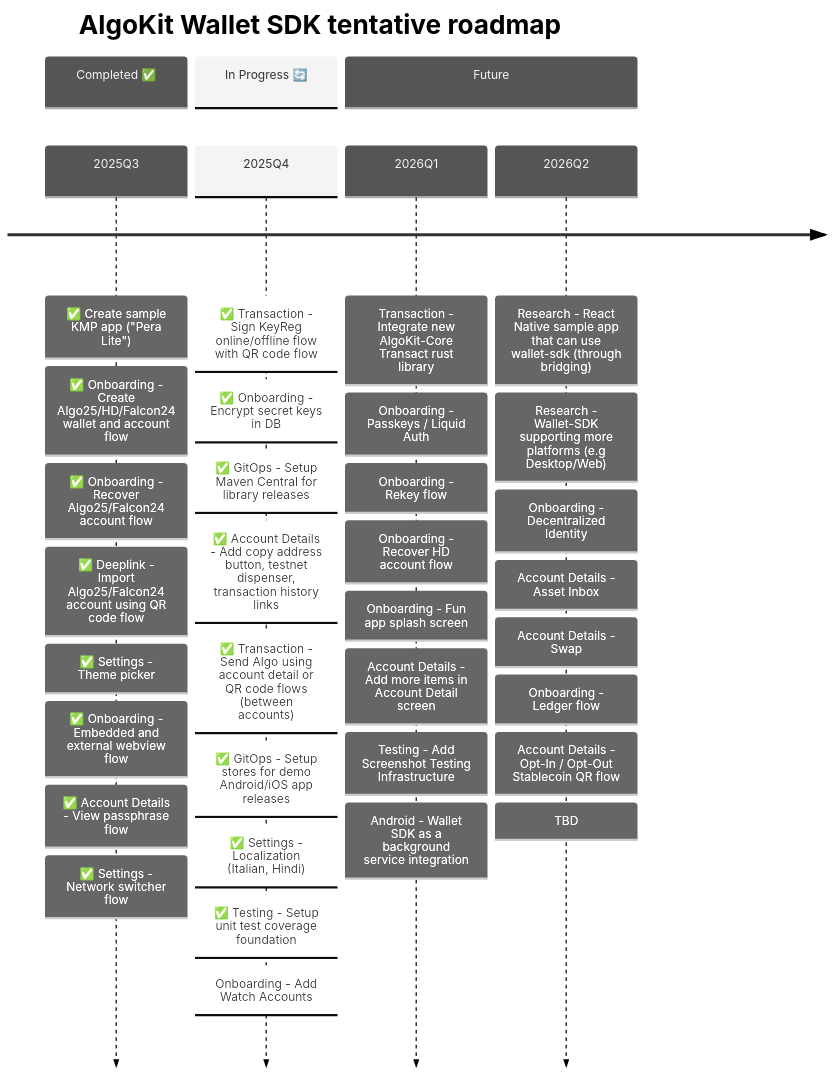
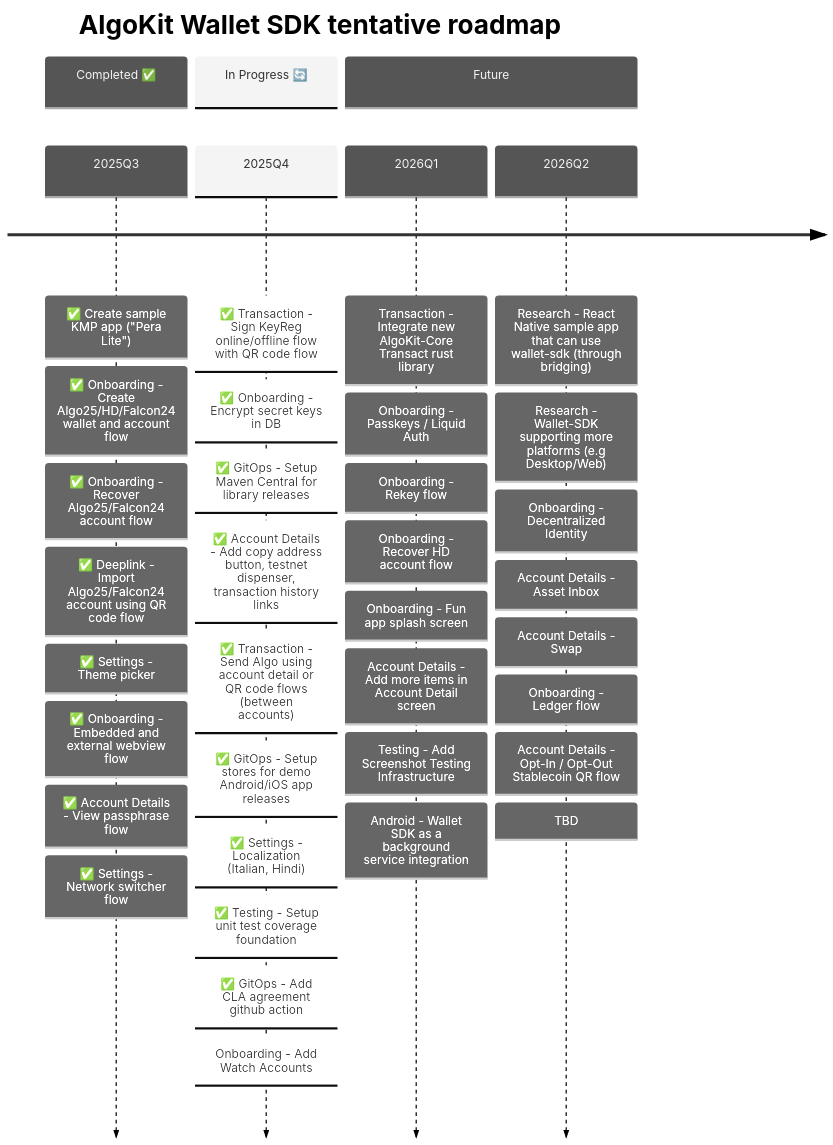
One commit to michaeltchuang/algokit-walletsdk-kmp changed the second of 3 diagrams in README.md. Above: the diagram before and after it, drawn with Mermaid.

````diff
--- a/README.md
+++ b/README.md
@@ -67,48 +67,49 @@
 ```mermaid
 ---
 config:
   theme: 'neutral'
 ---
 timeline
     title AlgoKit Wallet SDK tentative roadmap
 
     section Completed ✅
     2025Q3  : ✅ Create sample KMP app ("Pera Lite")
             : ✅ Onboarding - Create Algo25/HD/Falcon24 wallet and account flow
             : ✅ Onboarding - Recover Algo25/Falcon24 account flow
             : ✅ Deeplink - Import Algo25/Falcon24 account using QR code flow
             : ✅ Settings - Theme picker
             : ✅ Onboarding - Embedded and external webview flow
             : ✅ Account Details - View passphrase flow
             : ✅ Settings - Network switcher flow
 
     section In Progress 🔄
     2025Q4  : ✅ Transaction - Sign KeyReg online/offline flow with QR code flow
             : ✅ Onboarding - Encrypt secret keys in DB
             : ✅ GitOps - Setup Maven Central for library releases
             : ✅ Account Details - Add copy address button, testnet dispenser, transaction history links
             : ✅ Transaction - Send Algo using account detail or QR code flows (between accounts)
             : ✅ GitOps - Setup stores for demo Android/iOS app releases
             : ✅ Settings - Localization (Italian, Hindi)
             : ✅ Testing - Setup unit test coverage foundation
+            : ✅ GitOps - Add CLA agreement github action
             : Onboarding - Add Watch Accounts
 
 
     section Future
     2026Q1  : Transaction - Integrate new AlgoKit-Core Transact rust library
             : Onboarding - Passkeys / Liquid Auth
             : Onboarding - Rekey flow
             : Onboarding - Recover HD account flow
             : Onboarding - Fun app splash screen
             : Account Details - Add more items in Account Detail screen
             : Testing - Add Screenshot Testing Infrastructure
             : Android - Wallet SDK as a background service integration
     2026Q2  : Research - React Native sample app that can use wallet-sdk (through bridging)
             : Research - Wallet-SDK supporting more platforms (e.g Desktop/Web)
             : Onboarding - Decentralized Identity
             : Account Details - Asset Inbox
             : Account Details - Swap
             : Onboarding - Ledger flow
             : Account Details - Opt-In / Opt-Out Stablecoin QR flow
             : TBD
 ```
````
